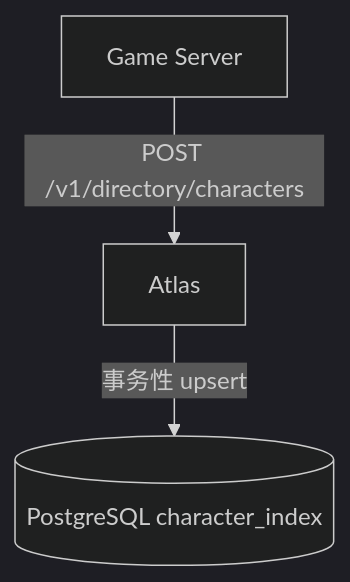
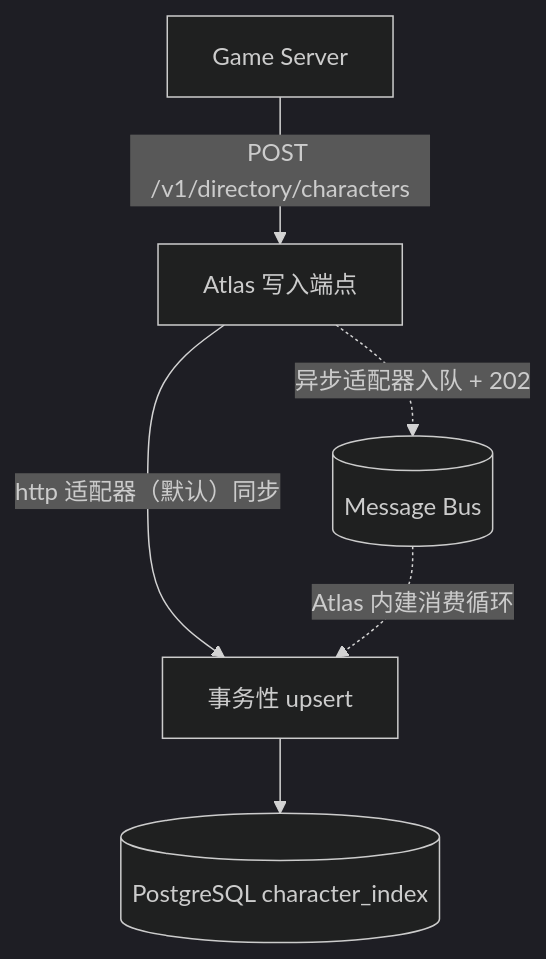
One commit to cuihairu/atlas changed the fifth of 6 diagrams in docs/data-model.md. Above: the diagram before and after it, drawn with Mermaid (dark theme). The commit also changed 5 other files, not shown here.

First line of the commit message:
docs: 修正角色事件流向图 — 写接口是唯一入口,消息队列段在 Atlas 内部,游戏服务器不直连 broker

````diff
--- a/docs/data-model.md
+++ b/docs/data-model.md
@@ -240,5 +240,8 @@
 ```mermaid
 flowchart TD
-    GS["Game Server"] -->|"POST /v1/directory/characters"| AT["Atlas"]
-    AT -->|"事务性 upsert"| PG[("PostgreSQL character_index")]
+    GS["Game Server"] -->|"POST /v1/directory/characters"| AT["Atlas 写入端点"]
+    AT -->|"http 适配器（默认）同步"| UP["事务性 upsert"]
+    AT -.->|"异步适配器入队 + 202"| BUS[("Message Bus")]
+    BUS -.->|"Atlas 内建消费循环"| UP
+    UP --> PG[("PostgreSQL character_index")]
 ```
````
